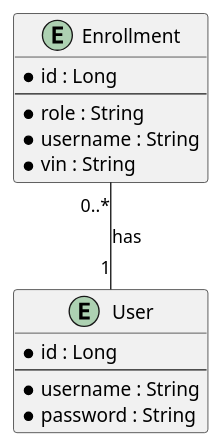
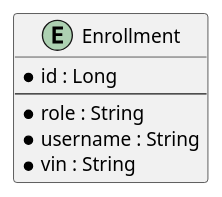
One commit to Dinesh-s95/AutoDoc.ai changed the fourth of 4 diagrams in enrollment/documentation/detaileddesign.adoc. Above: the diagram before and after it, drawn with PlantUML. The commit also changed other lines of this file and 15 other files, not shown here.

```diff
--- a/enrollment/documentation/detaileddesign.adoc
+++ b/enrollment/documentation/detaileddesign.adoc
@@ -234,21 +220,12 @@
 [plantuml, entity-relationship-diagram, png]
 ----
 @startuml
 entity "Enrollment" {
-    * id : Long
+    *id : Long
     --
-    * role : String
-    * username : String
-    * vin : String
+    *role : String
+    *username : String
+    *vin : String
 }
-
-entity "User" {
-    * id : Long
-    --
-    * username : String
-    * password : String
-}
-
-Enrollment "0..*" -- "1" User : "has"
 @enduml
 ----
```
